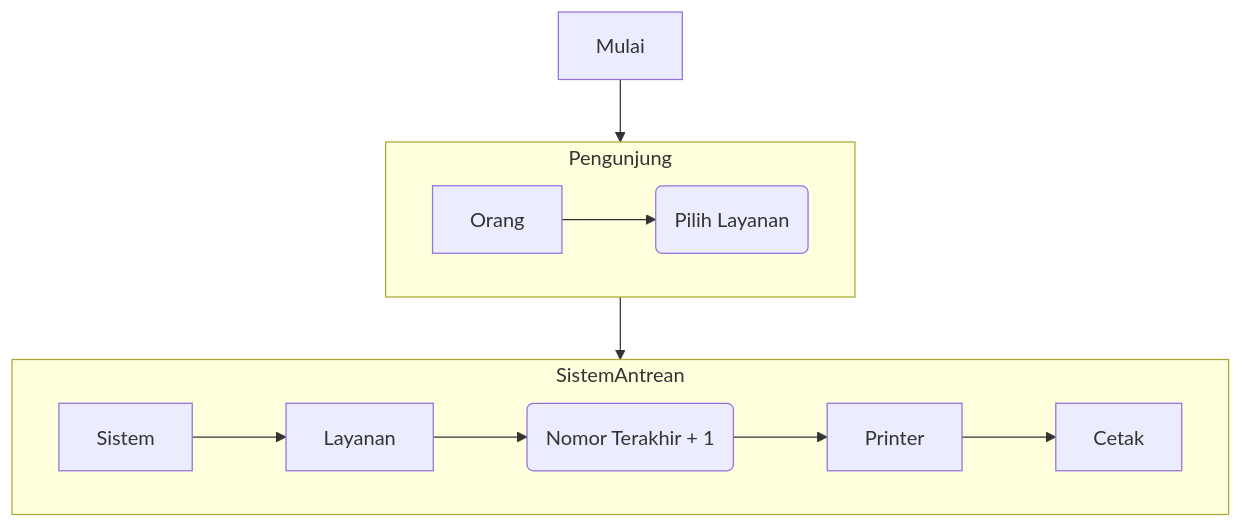
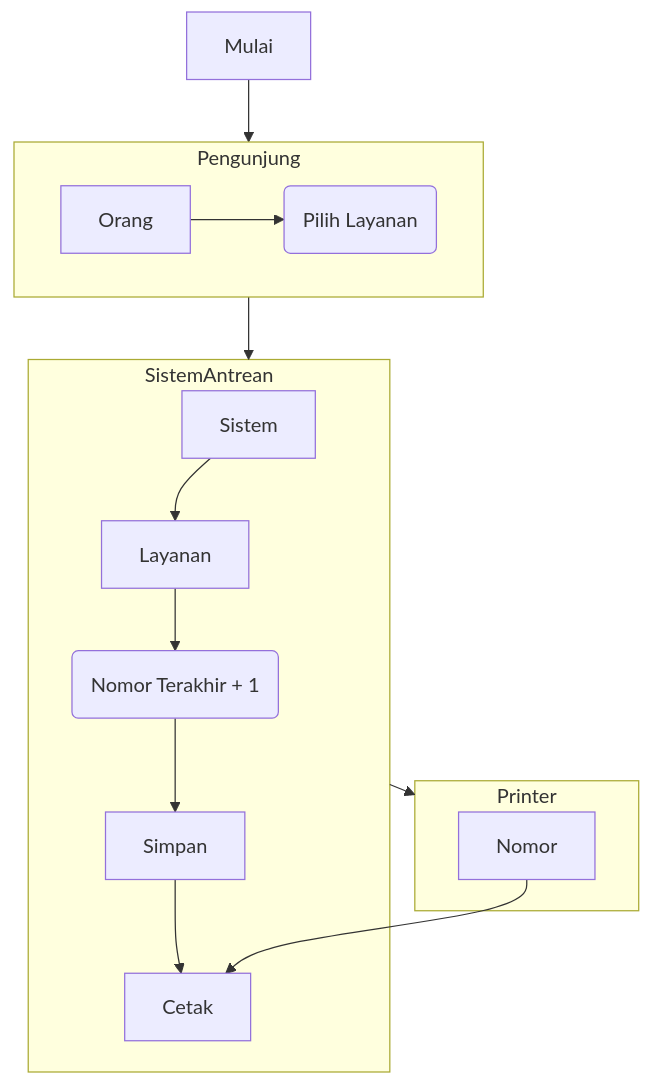
Before and after one commit to rezekikode/diagram: the diagram in flowchart_antrean.mmd, drawn with Mermaid.

```diff
--- a/flowchart_antrean.mmd
+++ b/flowchart_antrean.mmd
@@ -1,9 +1,13 @@
 flowchart TB
   Mulai-->Pengunjung
   Pengunjung-->SistemAntrean
+  SistemAntrean-->Printer
   subgraph Pengunjung
     Orang-->p1("`Pilih Layanan`")
   end  
   subgraph SistemAntrean
-    Sistem-->Layanan-->s1("`Nomor Terakhir + 1`")-->Printer-->Cetak
+    Sistem-->Layanan-->s1("`Nomor Terakhir + 1`")-->Simpan-->Cetak
   end
+  subgraph Printer
+    Nomor-->Cetak
+  end
```
